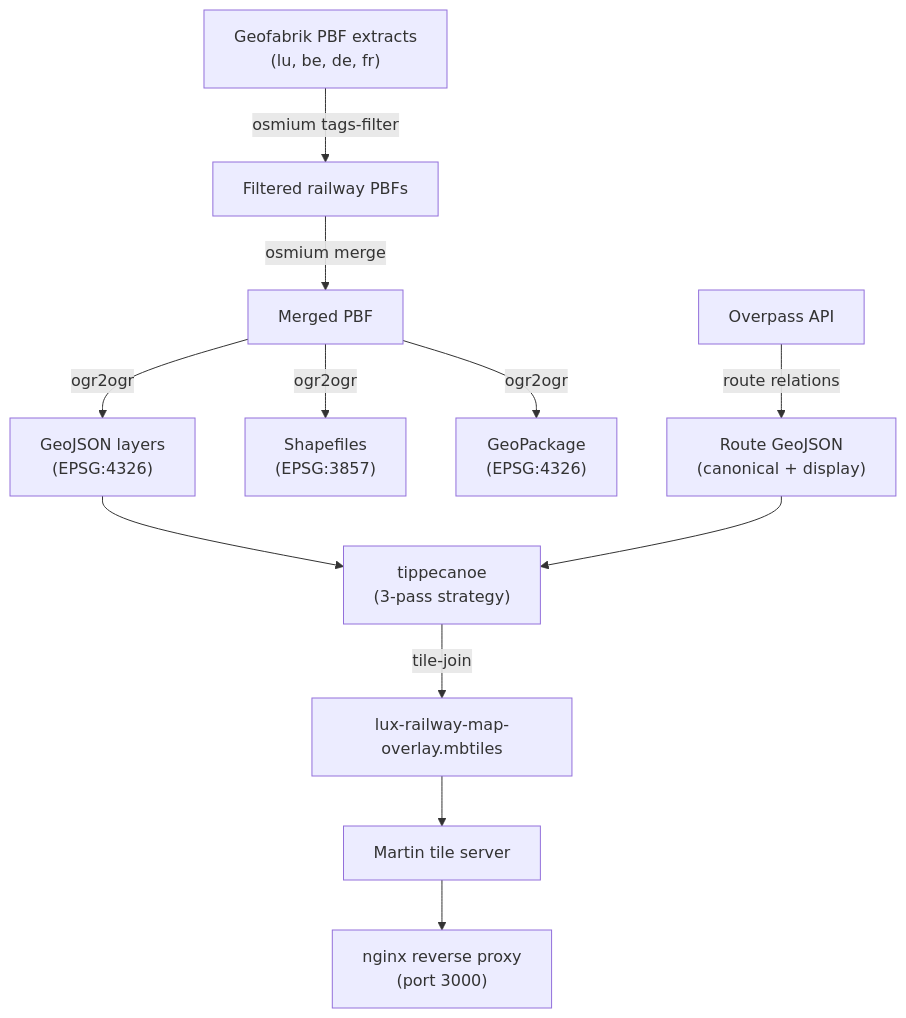
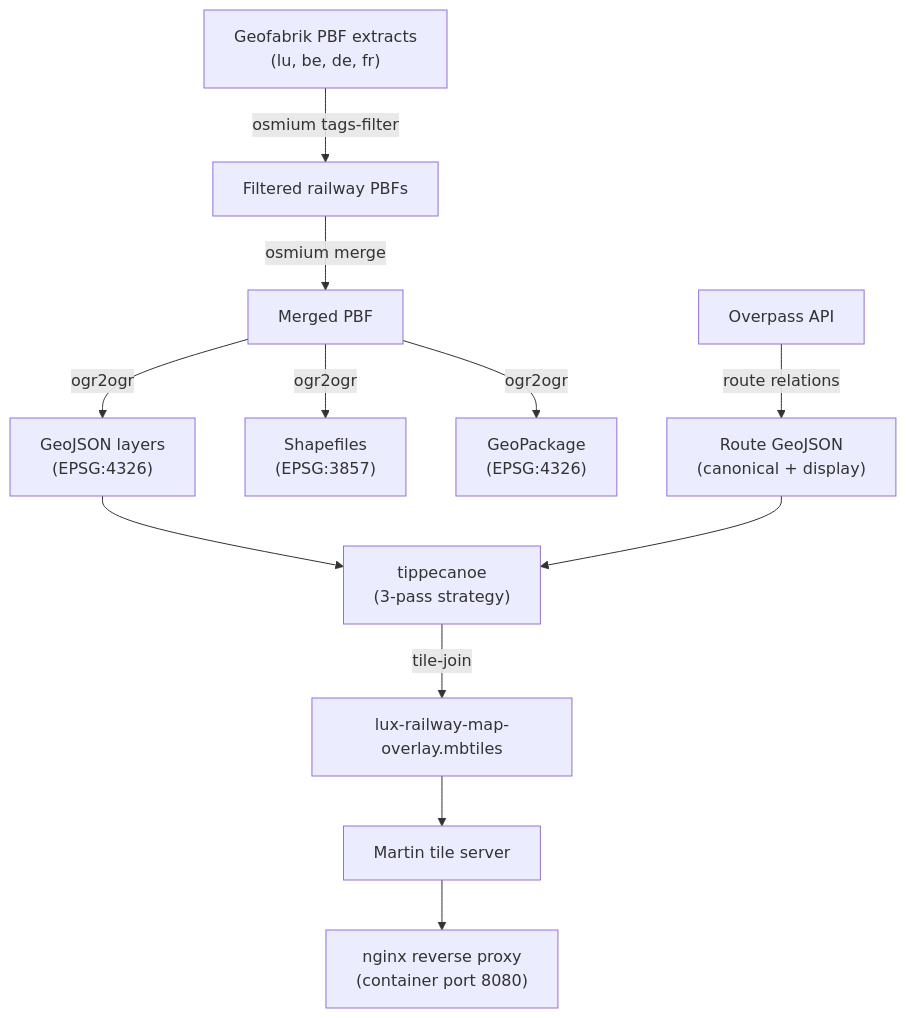
Before and after one commit to Spillgebees/lux-railway-map-overlay: the diagram in README.md, drawn with Mermaid. The commit also changed other lines of this file and 7 other files, not shown here.

````diff
--- a/README.md
+++ b/README.md
@@ -98,14 +98,14 @@
 ```mermaid
 flowchart TD
     A["Geofabrik PBF extracts<br/>(lu, be, de, fr)"] -->|osmium tags-filter| B["Filtered railway PBFs"]
     B -->|osmium merge| C["Merged PBF"]
     C -->|ogr2ogr| D["GeoJSON layers<br/>(EPSG:4326)"]
     C -->|ogr2ogr| E["Shapefiles<br/>(EPSG:3857)"]
     C -->|ogr2ogr| F["GeoPackage<br/>(EPSG:4326)"]
     G["Overpass API"] -->|route relations| H["Route GeoJSON<br/>(canonical + display)"]
     D --> I["tippecanoe<br/>(3-pass strategy)"]
     H --> I
     I -->|tile-join| J["lux-railway-map-overlay.mbtiles"]
     J --> K["Martin tile server"]
-    K --> L["nginx reverse proxy<br/>(port 3000)"]
+    K --> L["nginx reverse proxy<br/>(container port 8080)"]
 ```
````
